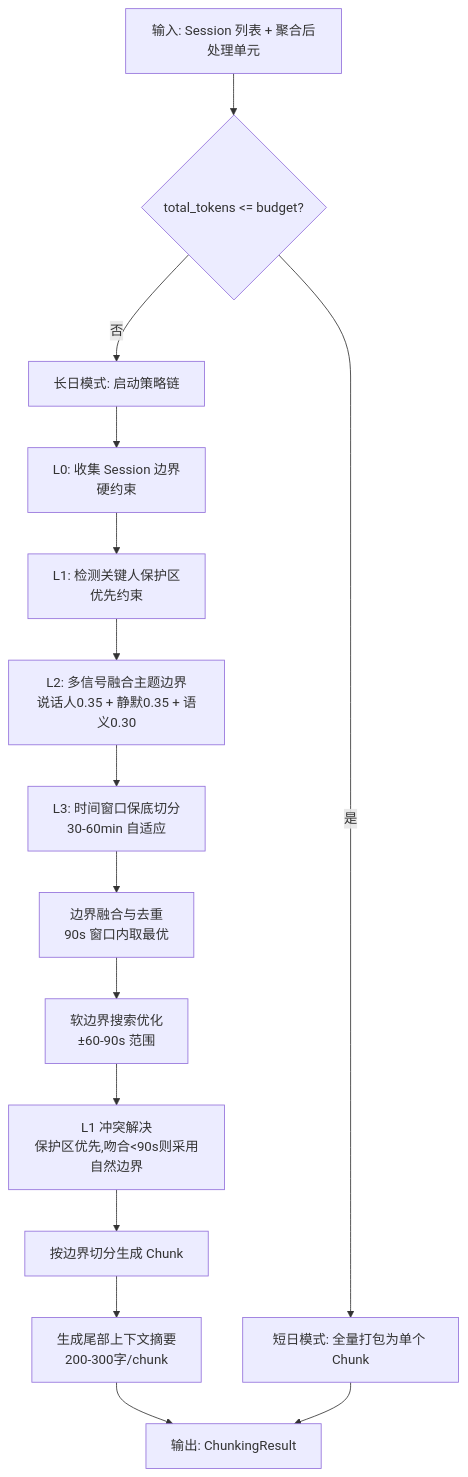
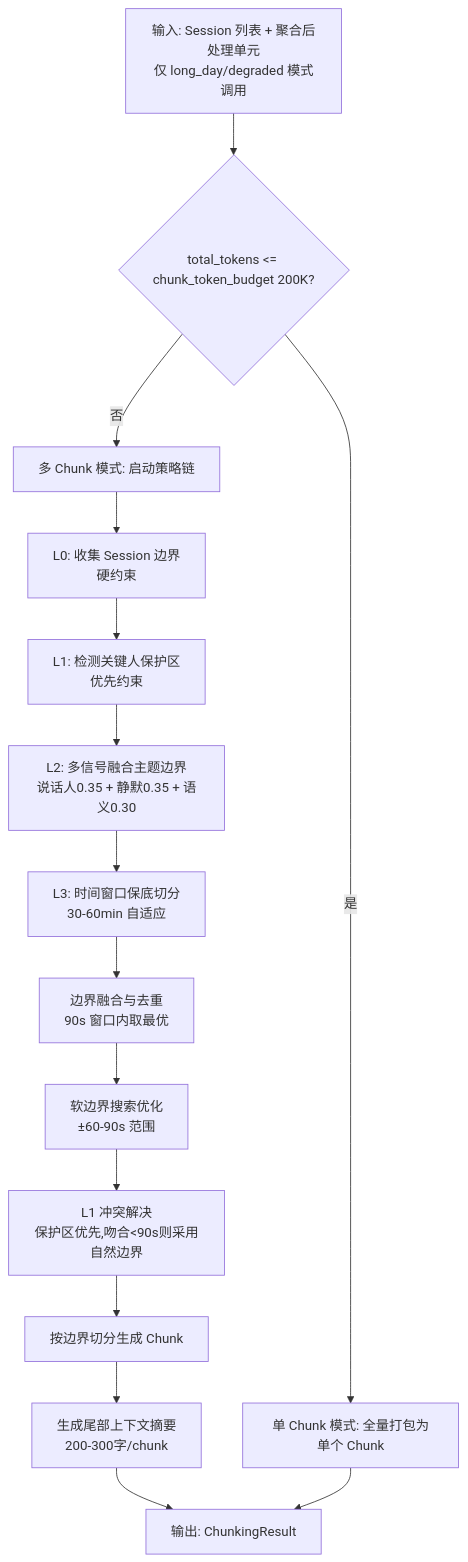
One commit to SherlockHao/summary-pipeline changed the third of 3 diagrams in docs/sections/arch_module2_chunking.md. Above: the diagram before and after it, drawn with Mermaid. The commit also changed other lines of this file and 8 other files, not shown here.

````diff
--- a/docs/sections/arch_module2_chunking.md
+++ b/docs/sections/arch_module2_chunking.md
@@ -1017,20 +1128,20 @@
 ```mermaid
 flowchart TD
-    A[输入: Session 列表 + 聚合后处理单元] --> B{total_tokens <= budget?}
-    B -- 是 --> C[短日模式: 全量打包为单个 Chunk]
-    B -- 否 --> D[长日模式: 启动策略链]
+    A[输入: Session 列表 + 聚合后处理单元<br>仅 long_day/degraded 模式调用] --> B{total_tokens <= chunk_token_budget 200K?}
+    B -- 是 --> C[单 Chunk 模式: 全量打包为单个 Chunk]
+    B -- 否 --> D[多 Chunk 模式: 启动策略链]
 
     D --> E[L0: 收集 Session 边界<br>硬约束]
     E --> F[L1: 检测关键人保护区<br>优先约束]
     F --> G[L2: 多信号融合主题边界<br>说话人0.35 + 静默0.35 + 语义0.30]
     G --> H[L3: 时间窗口保底切分<br>30-60min 自适应]
 
     H --> I[边界融合与去重<br>90s 窗口内取最优]
     I --> J[软边界搜索优化<br>±60-90s 范围]
     J --> K[L1 冲突解决<br>保护区优先,吻合<90s则采用自然边界]
     K --> L[按边界切分生成 Chunk]
     L --> M[生成尾部上下文摘要<br>200-300字/chunk]
     M --> N[输出: ChunkingResult]
 
     C --> N
 ```
````
